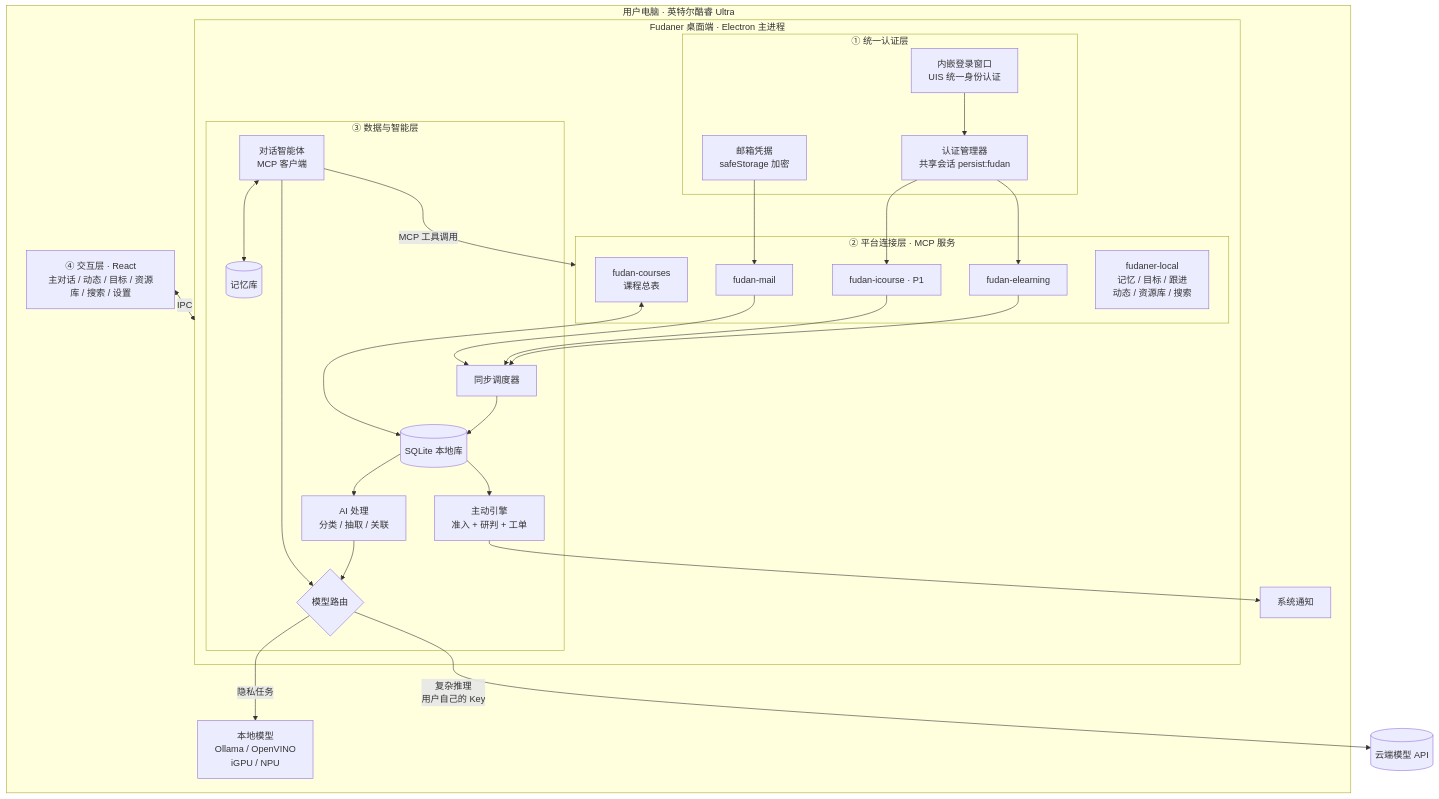
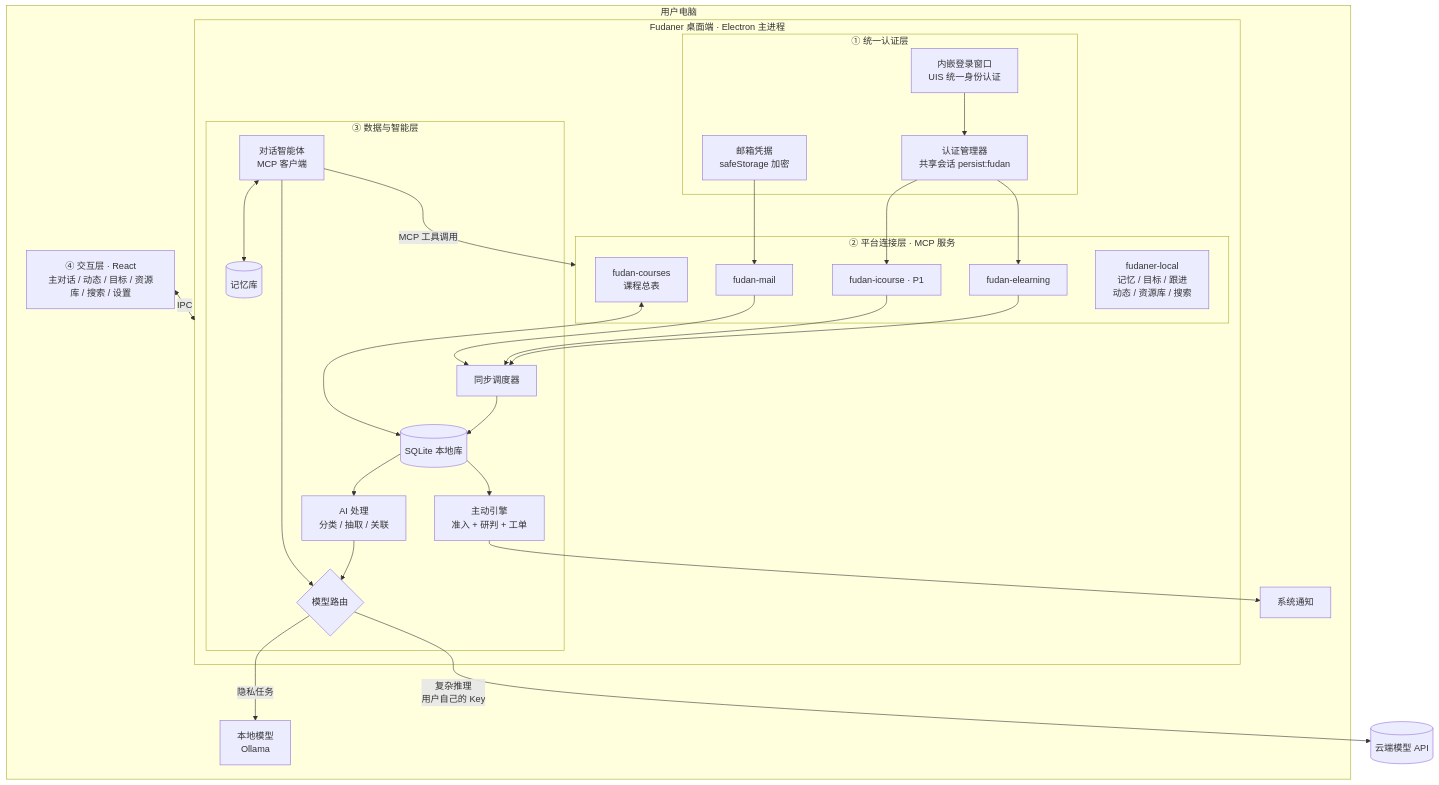
Before and after one commit to sjy0630/personal-assistant-fudaner: the first of 2 diagrams in docs/PRD.md, drawn with Mermaid. The commit also changed other lines of this file and 6 other files, not shown here.

````diff
--- a/docs/PRD.md
+++ b/docs/PRD.md
@@ -662,43 +670,43 @@
 ```mermaid
 flowchart TB
-  subgraph PC[用户电脑 · 英特尔酷睿 Ultra]
+  subgraph PC[用户电脑]
     subgraph App[Fudaner 桌面端 · Electron 主进程]
       subgraph L1[① 统一认证层]
         LW[内嵌登录窗口<br/>UIS 统一身份认证] --> AM[认证管理器<br/>共享会话 persist:fudan]
         MC[邮箱凭据<br/>safeStorage 加密]
       end
       subgraph L2[② 平台连接层 · MCP 服务]
         M1[fudan-elearning]
         M2[fudan-icourse · P1]
         M3[fudan-mail]
         M4[fudan-courses<br/>课程总表]
         M5[fudaner-local<br/>记忆 / 目标 / 跟进<br/>动态 / 资源库 / 搜索]
       end
       AM --> M1
       AM --> M2
       MC --> M3
       subgraph L3[③ 数据与智能层]
         SCH[同步调度器] --> DB[(SQLite 本地库)]
         DB --> AI[AI 处理<br/>分类 / 抽取 / 关联]
         AG[对话智能体<br/>MCP 客户端]
         MEM[(记忆库)]
         AG <--> MEM
         PE[主动引擎<br/>准入 + 研判 + 工单]
         RT{模型路由}
         AI --> RT
         AG --> RT
         DB --> PE
       end
       M1 --> SCH
       M2 --> SCH
       M3 --> SCH
       M4 <--> DB
       AG -->|MCP 工具调用| L2
     end
     UI[④ 交互层 · React<br/>主对话 / 动态 / 目标 / 资源库 / 搜索 / 设置] <-->|IPC| App
     PE --> NT[系统通知]
-    LOCAL[本地模型<br/>Ollama / OpenVINO<br/>iGPU / NPU]
+    LOCAL[本地模型<br/>Ollama]
   end
   RT -->|隐私任务| LOCAL
   RT -->|复杂推理<br/>用户自己的 Key| CLOUD[(云端模型 API)]
 ```
````
